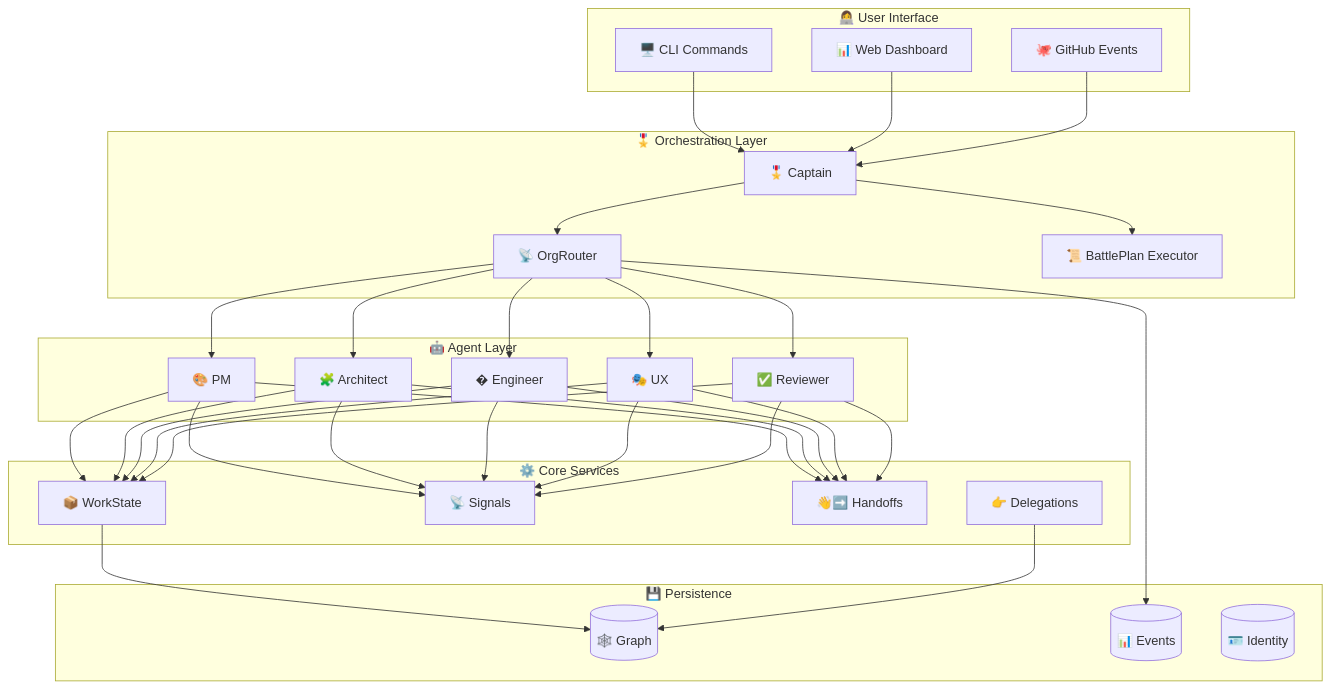
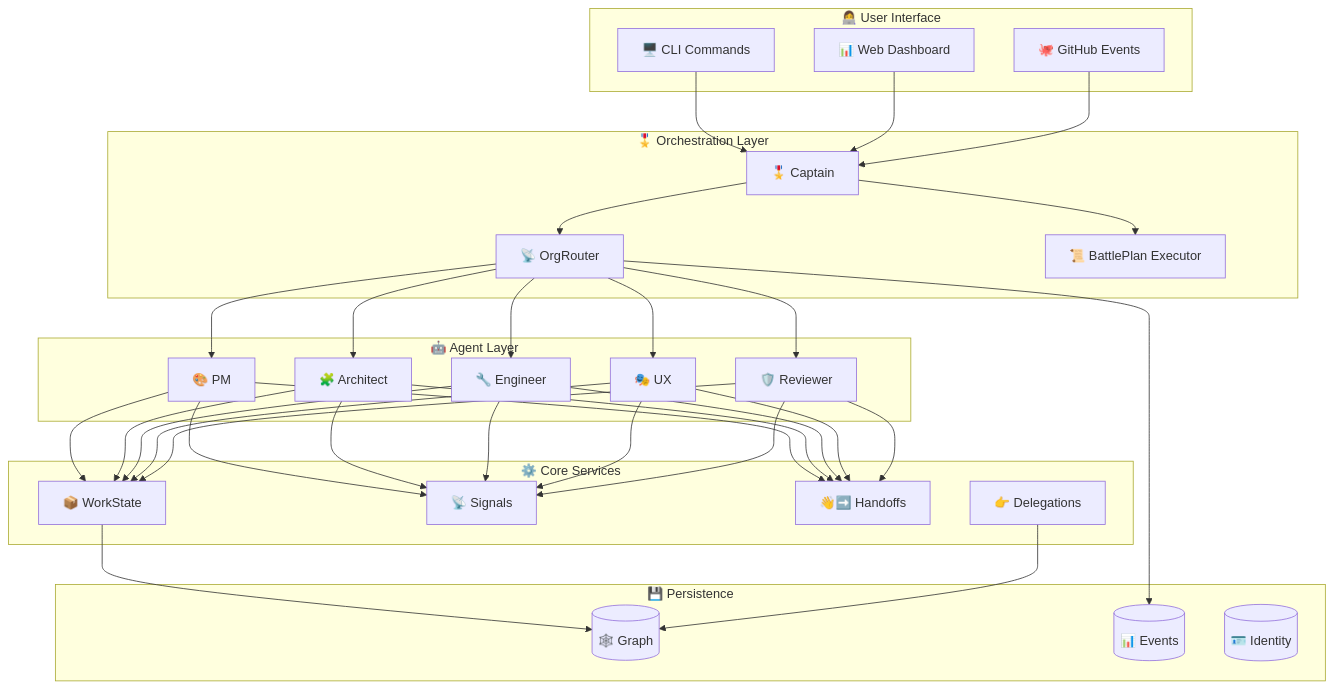
The seventh of 7 diagrams in README.md (jnPiyush/AI-Squad), drawn with Mermaid before and after one commit. The commit also changed other lines of this file and 5 other files, not shown here.

````diff
--- a/README.md
+++ b/README.md
@@ -530,43 +530,43 @@
 ```mermaid
 graph TB
     subgraph "👩‍💻 User Interface"
         CLI["🖥️ CLI Commands"]
         Dashboard["📊 Web Dashboard"]
         GH["🐙 GitHub Events"]
     end
     
     subgraph "🎖️ Orchestration Layer"
         Captain["🎖️ Captain"]
         Router["📡 OrgRouter"]
         BPE["📜 BattlePlan Executor"]
     end
     
     subgraph "🤖 Agent Layer"
         PM["🎨 PM"]
         Arch["🧩 Architect"]
-        Eng["� Engineer"]
+        Eng["🔧 Engineer"]
         UX["🎭 UX"]
-        Rev["✅ Reviewer"]
+        Rev["🛡️ Reviewer"]
     end
     
     subgraph "⚙️ Core Services"
         WS["📦 WorkState"]
         Signal["📡 Signals"]
         Handoff["👋➡️ Handoffs"]
         Del["👉 Delegations"]
     end
     
     subgraph "💾 Persistence"
         Graph[("🕸️ Graph")]
         Events[("📊 Events")]
         Identity[("🪪 Identity")]
     end
     
     CLI & Dashboard & GH --> Captain
     Captain --> Router --> PM & Arch & Eng & UX & Rev
     Captain --> BPE
     PM & Arch & Eng & UX & Rev --> WS & Signal & Handoff
     WS --> Graph
     Del --> Graph
     Router --> Events
 ```
````
